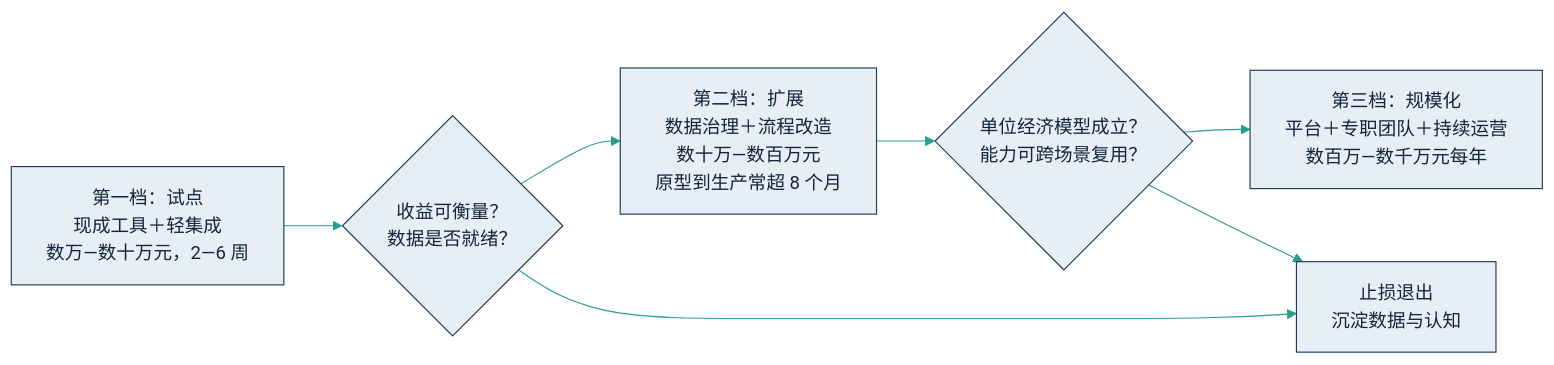
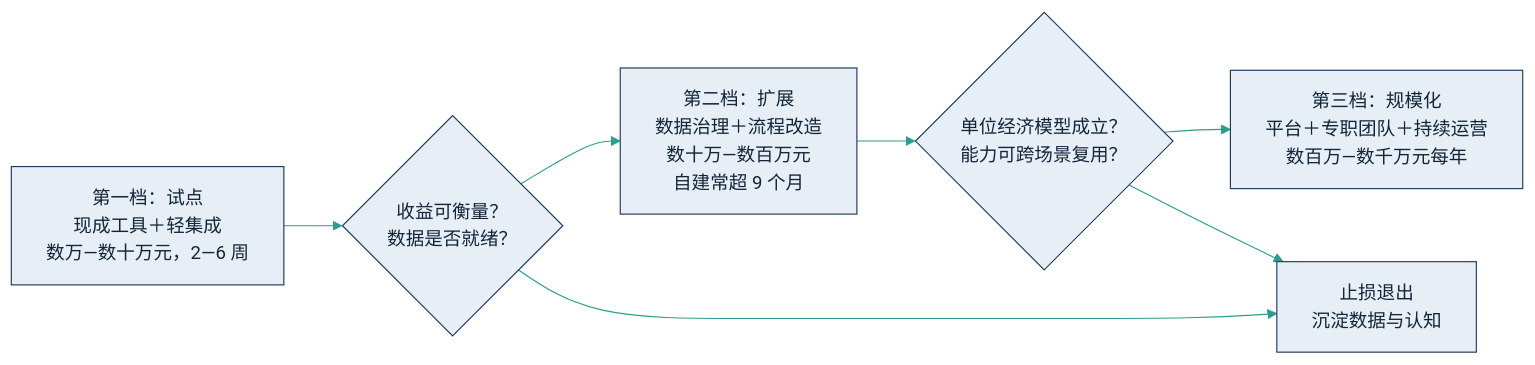
Before and after one commit to yeasy/ai_for_business_school: the diagram in 07_value/7.4_budget.md, drawn with Mermaid. The commit also changed other lines of this file and 62 other files, not shown here.

````diff
--- a/07_value/7.4_budget.md
+++ b/07_value/7.4_budget.md
@@ -27,16 +27,16 @@
 ```mermaid
 %%{init: {"theme":"base","themeVariables":{"primaryColor":"#e8eef5","primaryBorderColor":"#1f3b5c","primaryTextColor":"#12263a","secondaryColor":"#e3f2ef","tertiaryColor":"#f7ecd4","lineColor":"#2a9d8f","fontFamily":"PingFang SC,Hiragino Sans GB,Microsoft YaHei,sans-serif"}}}%%
 flowchart LR
     T1["第一档：试点<br/>现成工具＋轻集成<br/>数万—数十万元，2—6 周"]
     G1{"收益可衡量？<br/>数据是否就绪？"}
-    T2["第二档：扩展<br/>数据治理＋流程改造<br/>数十万—数百万元<br/>原型到生产常超 8 个月"]
+    T2["第二档：扩展<br/>数据治理＋流程改造<br/>数十万—数百万元<br/>自建常超 9 个月"]
     G2{"单位经济模型成立？<br/>能力可跨场景复用？"}
     T3["第三档：规模化<br/>平台＋专职团队＋持续运营<br/>数百万—数千万元每年"]
     STOP["止损退出<br/>沉淀数据与认知"]
     T1 --> G1
     G1 --> T2
     G1 --> STOP
     T2 --> G2
     G2 --> T3
     G2 --> STOP
 ```
````
